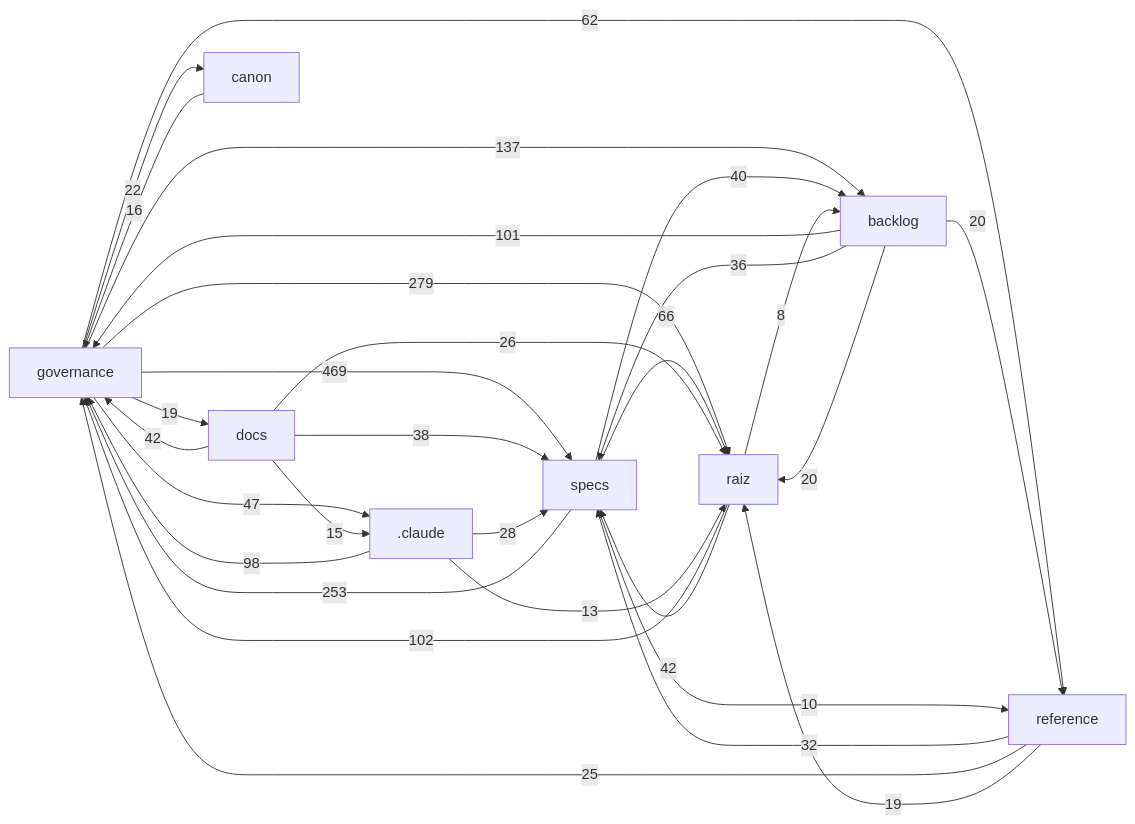
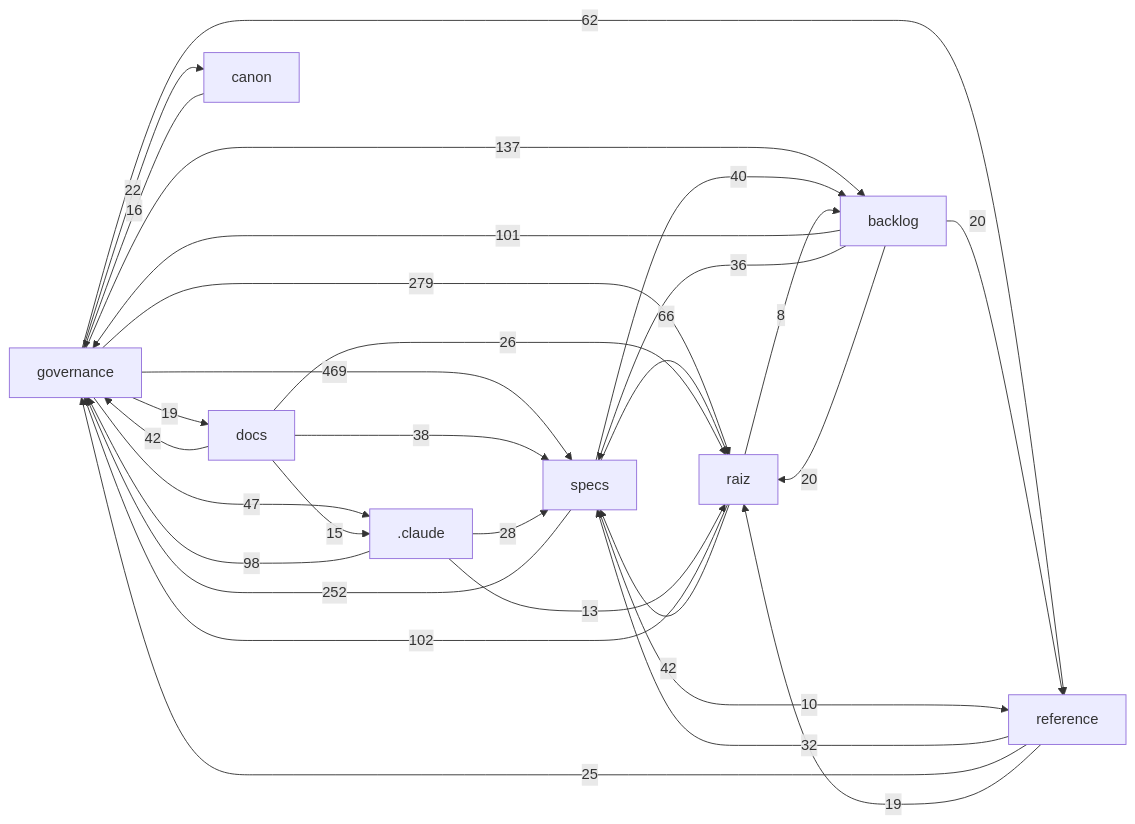
Before and after one commit to Andraus35/Sistema-Operacional-de-Trading--SOT: the diagram in docs/mapa/MAPA-PROJETO.md, drawn with Mermaid. The commit also changed other lines of this file and 3 other files, not shown here.

````diff
--- a/docs/mapa/MAPA-PROJETO.md
+++ b/docs/mapa/MAPA-PROJETO.md
@@ -29,32 +29,32 @@
 ```mermaid
 flowchart LR
   governance["governance"] -->|469| specs["specs"]
   governance["governance"] -->|279| raiz["raiz"]
-  specs["specs"] -->|253| governance["governance"]
+  specs["specs"] -->|252| governance["governance"]
   governance["governance"] -->|137| backlog["backlog"]
   raiz["raiz"] -->|102| governance["governance"]
   backlog["backlog"] -->|101| governance["governance"]
   _claude[".claude"] -->|98| governance["governance"]
   specs["specs"] -->|66| raiz["raiz"]
   governance["governance"] -->|62| reference["reference"]
   governance["governance"] -->|47| _claude[".claude"]
   raiz["raiz"] -->|42| specs["specs"]
   docs["docs"] -->|42| governance["governance"]
   specs["specs"] -->|40| backlog["backlog"]
   docs["docs"] -->|38| specs["specs"]
   backlog["backlog"] -->|36| specs["specs"]
   reference["reference"] -->|32| specs["specs"]
   _claude[".claude"] -->|28| specs["specs"]
   docs["docs"] -->|26| raiz["raiz"]
   reference["reference"] -->|25| governance["governance"]
   governance["governance"] -->|22| canon["canon"]
   backlog["backlog"] -->|20| raiz["raiz"]
   backlog["backlog"] -->|20| reference["reference"]
   governance["governance"] -->|19| docs["docs"]
   reference["reference"] -->|19| raiz["raiz"]
   canon["canon"] -->|16| governance["governance"]
   docs["docs"] -->|15| _claude[".claude"]
   _claude[".claude"] -->|13| raiz["raiz"]
   specs["specs"] -->|10| reference["reference"]
   raiz["raiz"] -->|8| backlog["backlog"]
 ```
````
